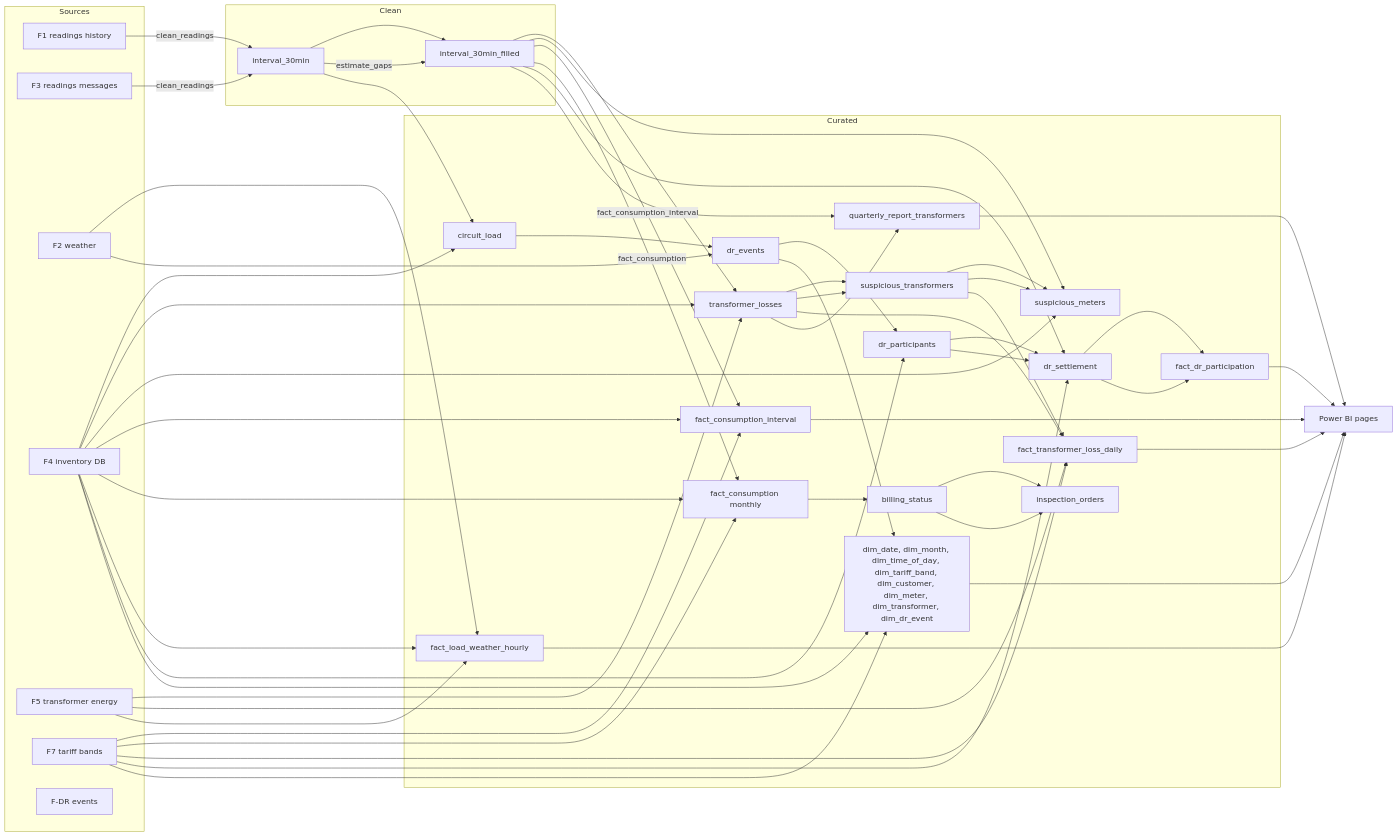
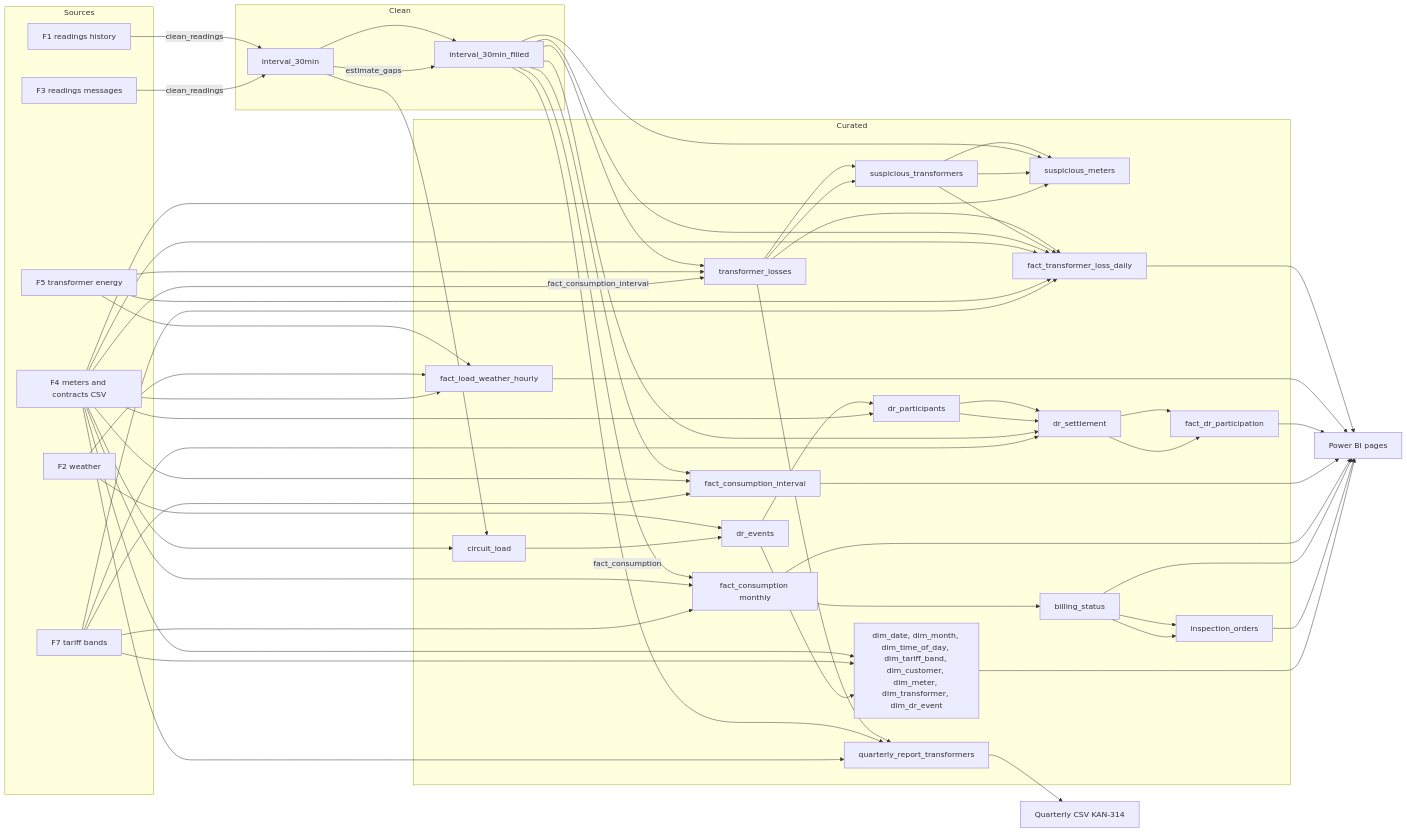
Before and after one commit to VoltiaGrid-Medicion-Inteligente/voltiagrid-docs: the diagram in docs/data/lineage.md, drawn with Mermaid. The commit also changed other lines of this file, not shown here.

First line of the commit message:
docs(data): apply review of the lineage page (KAN-326)

````diff
--- a/docs/data/lineage.md
+++ b/docs/data/lineage.md
@@ -20,10 +20,9 @@
     F1[F1 readings history]
     F3[F3 readings messages]
     F2[F2 weather]
-    F4[F4 inventory DB]
+    F4[F4 meters and contracts CSV]
     F5[F5 transformer energy]
     F7[F7 tariff bands]
-    DR[F-DR events]
   end
 
   subgraph Clean
@@ -44,6 +43,7 @@
   end
 
   PBI[Power BI pages]
+  CSV[Quarterly CSV KAN-314]
 
   F1 -->|clean_readings| IV
   F3 -->|clean_readings| IV
@@ -67,6 +67,8 @@
   BS --> IO
   TL --> FTL
   ST --> FTL
+  IF --> FTL
+  F4 --> FTL
   F5 --> FTL
   F7 --> FTL
   F5 --> FLW
@@ -84,10 +86,14 @@
   DRE --> DIM
   TL --> QR
   IF --> QR
+  F4 --> QR
+  QR --> CSV
   FTL --> PBI
   FLW --> PBI
   FDR --> PBI
   FCI --> PBI
-  QR --> PBI
+  FC --> PBI
+  BS --> PBI
+  IO --> PBI
   DIM --> PBI
 ```
````
